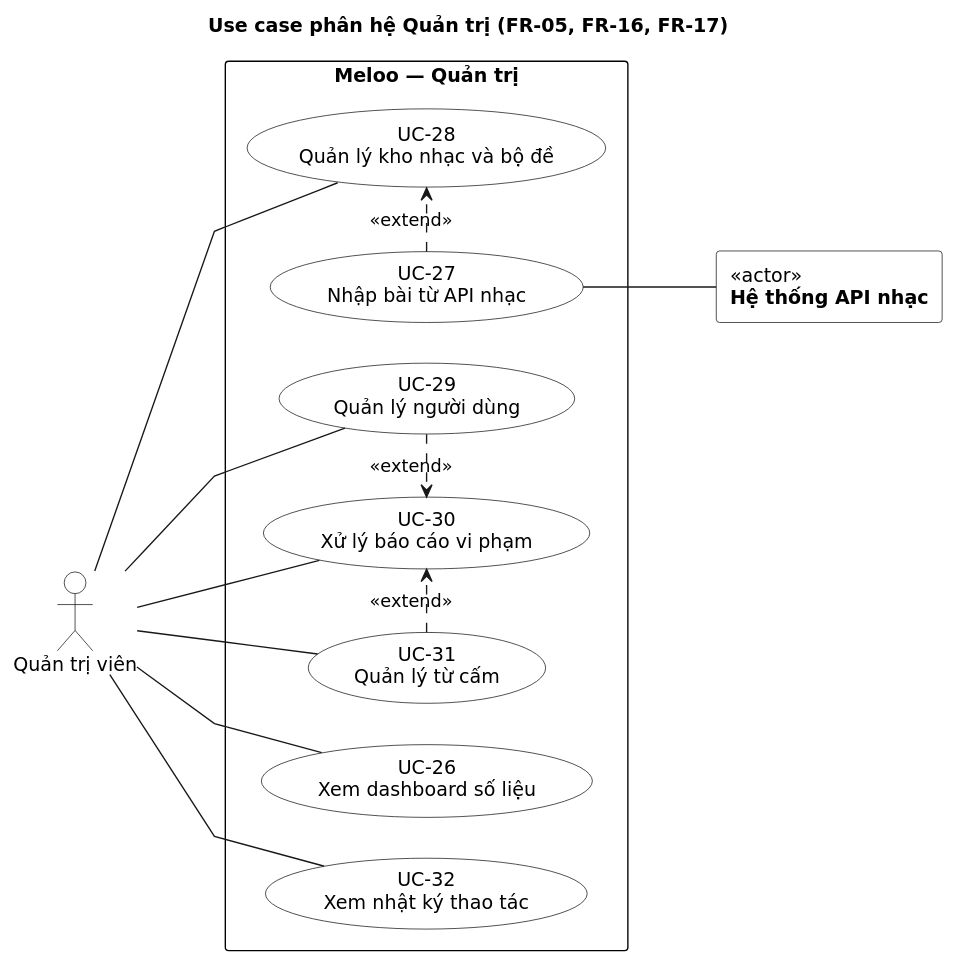
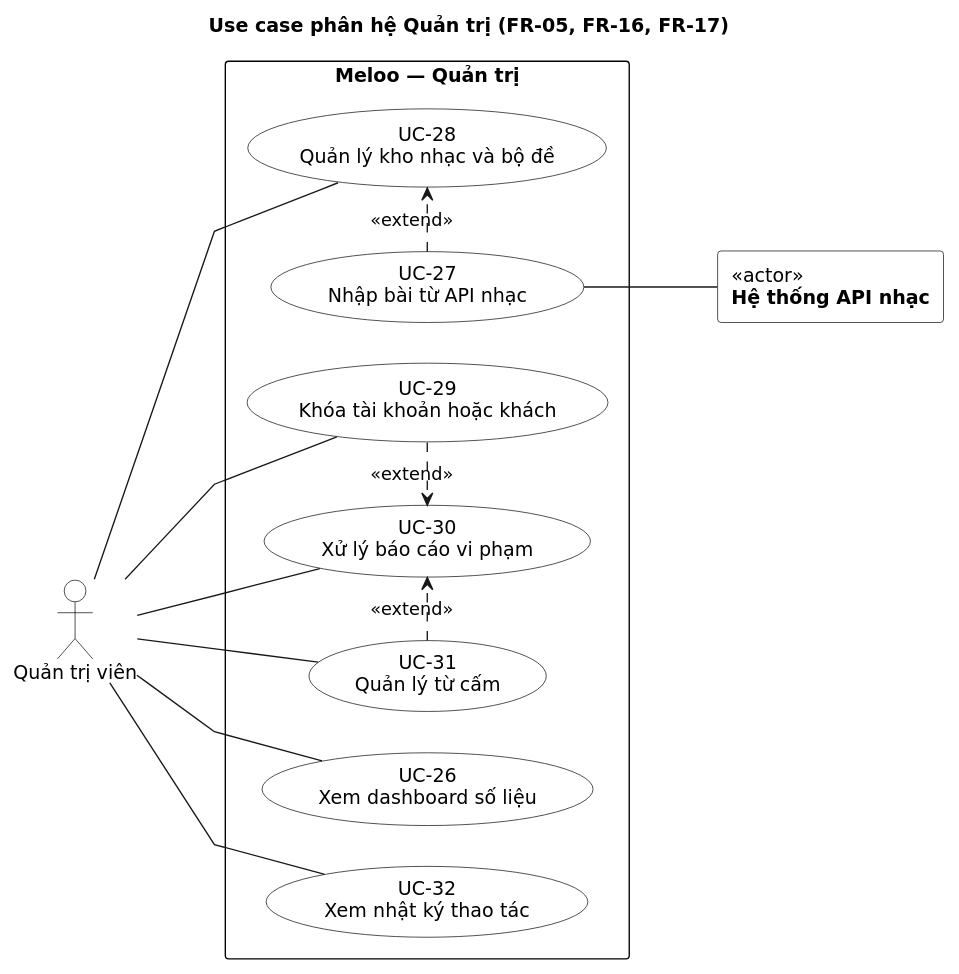
Before and after one commit to ThaiDevv/meloo: the diagram in docs/uml/usecase/uc-05-quan-tri.puml, drawn with PlantUML. The commit also changed 12 other files, not shown here.

```diff
--- a/docs/uml/usecase/uc-05-quan-tri.puml
+++ b/docs/uml/usecase/uc-05-quan-tri.puml
@@ -1,43 +1,43 @@
 @startuml uc-05-quan-tri
 title Use case phân hệ Quản trị (FR-05, FR-16, FR-17)
 left to right direction
 skinparam shadowing false
 skinparam linetype polyline
 skinparam nodesep 30
 skinparam ranksep 80
 skinparam defaultFontName DejaVu Sans
 skinparam usecase {
   BackgroundColor white
   BorderColor black
 }
 skinparam actor {
   BackgroundColor white
   BorderColor black
 }
 skinparam rectangle {
   BackgroundColor white
   BorderColor black
 }
 
 actor "Quản trị viên" as Admin
 rectangle "<<actor>>\n**Hệ thống API nhạc**" as Music
 rectangle "**Meloo — Quản trị**" {
   usecase "UC-26\nXem dashboard số liệu" as UC26
   usecase "UC-32\nXem nhật ký thao tác" as UC32
   usecase "UC-31\nQuản lý từ cấm" as UC31
-  usecase "UC-29\nQuản lý người dùng" as UC29
+  usecase "UC-29\nKhóa tài khoản hoặc khách" as UC29
   usecase "UC-30\nXử lý báo cáo vi phạm" as UC30
   usecase "UC-28\nQuản lý kho nhạc và bộ đề" as UC28
   usecase "UC-27\nNhập bài từ API nhạc" as UC27
 }
 Admin -- UC26
 Admin -- UC28
 Admin -- UC29
 Admin -- UC30
 Admin -- UC31
 Admin -- UC32
 UC27 .right.> UC28 : <<extend>>
 UC29 .right.> UC30 : <<extend>>
 UC31 .right.> UC30 : <<extend>>
 UC27 -- Music
 @enduml
```
